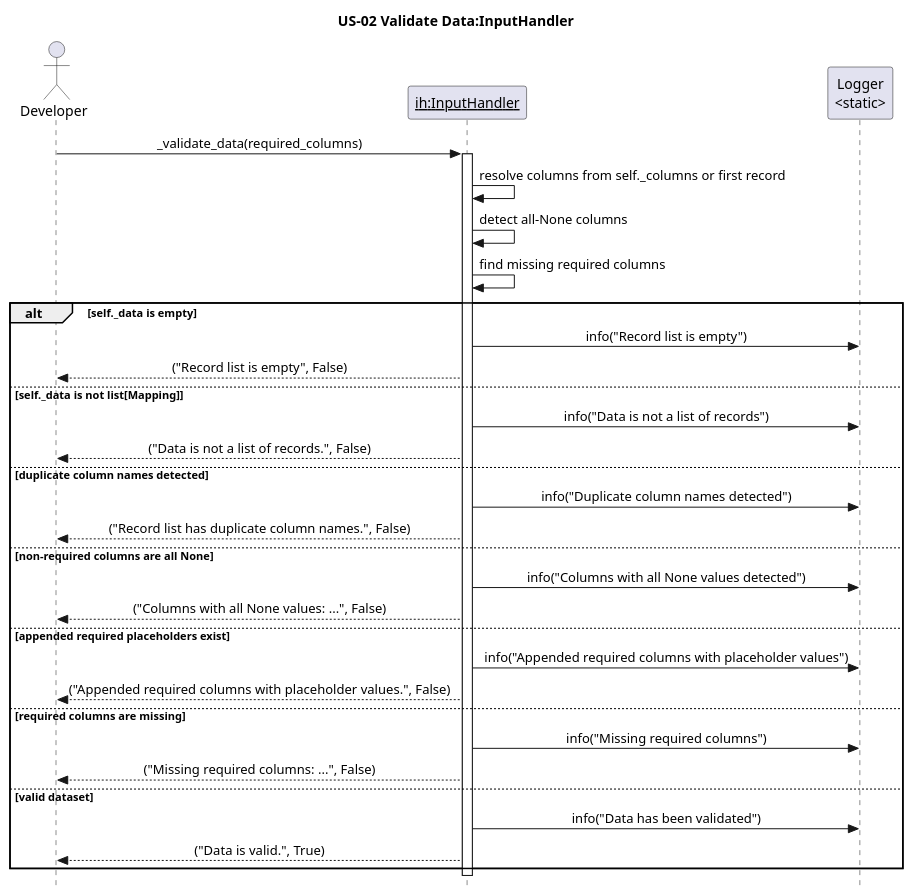
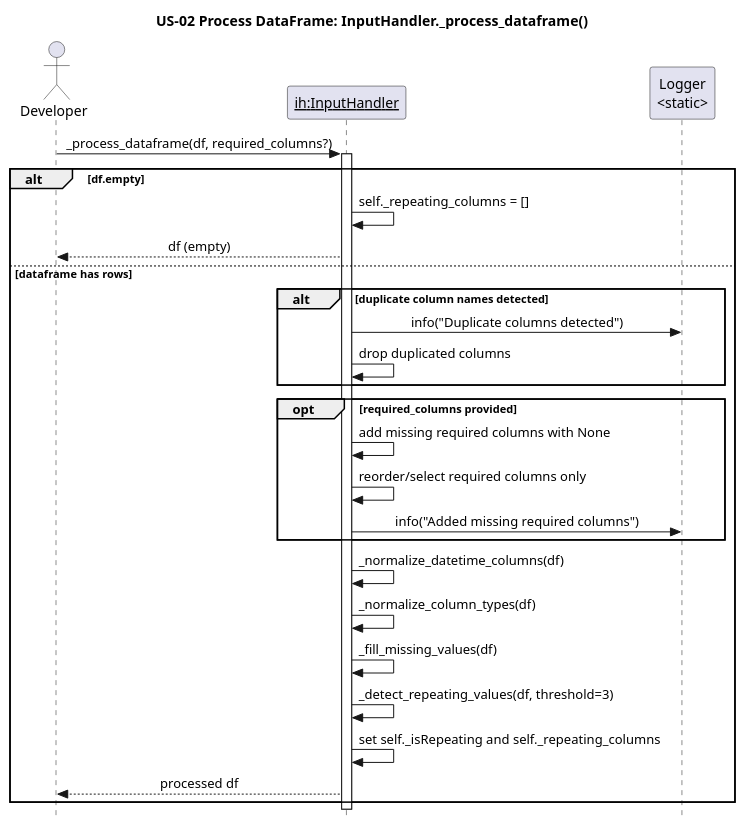
One commit to egrembocki/htmrl changed the diagram in docs/puml/US/us-02.puml. Above: the diagram before and after it, drawn with PlantUML. The commit also changed 4 other files, not shown here.

Commit message:
Update US sequence diagrams for current InputHandler flow

```diff
--- a/docs/puml/US/us-02.puml
+++ b/docs/puml/US/us-02.puml
@@ -1,41 +1,38 @@
 @startuml
 skinparam style strictuml
 skinparam sequenceMessageAlign center
 skinparam responseMessageBelowArrow true
-title US-02 Validate Data:InputHandler
+title US-02 Process DataFrame: InputHandler._process_dataframe()
 
 actor Developer
 participant "<u>ih:InputHandler</u>" as IH
 participant "Logger\n<static>" as LOG
 
-Developer -> IH: _validate_data(required_columns)
+Developer -> IH: _process_dataframe(df, required_columns?)
 activate IH
-IH -> IH: resolve columns from self._columns or first record
-IH -> IH: detect all-None columns 
-IH -> IH: find missing required columns
 
-alt self._data is empty
-  IH -> LOG: info("Record list is empty")
-  IH --> Developer: ("Record list is empty", False)
-else self._data is not list[Mapping]
-  IH -> LOG: info("Data is not a list of records")
-  IH --> Developer: ("Data is not a list of records.", False)
-else duplicate column names detected
-  IH -> LOG: info("Duplicate column names detected")
-  IH --> Developer: ("Record list has duplicate column names.", False)
-else non-required columns are all None
-  IH -> LOG: info("Columns with all None values detected")
-  IH --> Developer: ("Columns with all None values: ...", False)
-else appended required placeholders exist
-  IH -> LOG: info("Appended required columns with placeholder values")
-  IH --> Developer: ("Appended required columns with placeholder values.", False)
-else required columns are missing
-  IH -> LOG: info("Missing required columns")
-  IH --> Developer: ("Missing required columns: ...", False)
-else valid dataset
-  IH -> LOG: info("Data has been validated")
-  IH --> Developer: ("Data is valid.", True)
+alt df.empty
+  IH -> IH: self._repeating_columns = []
+  IH --> Developer: df (empty)
+else dataframe has rows
+  alt duplicate column names detected
+    IH -> LOG: info("Duplicate columns detected")
+    IH -> IH: drop duplicated columns
+  end
+
+  opt required_columns provided
+    IH -> IH: add missing required columns with None
+    IH -> IH: reorder/select required columns only
+    IH -> LOG: info("Added missing required columns")
+  end
+
+  IH -> IH: _normalize_datetime_columns(df)
+  IH -> IH: _normalize_column_types(df)
+  IH -> IH: _fill_missing_values(df)
+  IH -> IH: _detect_repeating_values(df, threshold=3)
+  IH -> IH: set self._isRepeating and self._repeating_columns
+  IH --> Developer: processed df
 end
 
 deactivate IH
 @enduml
```
